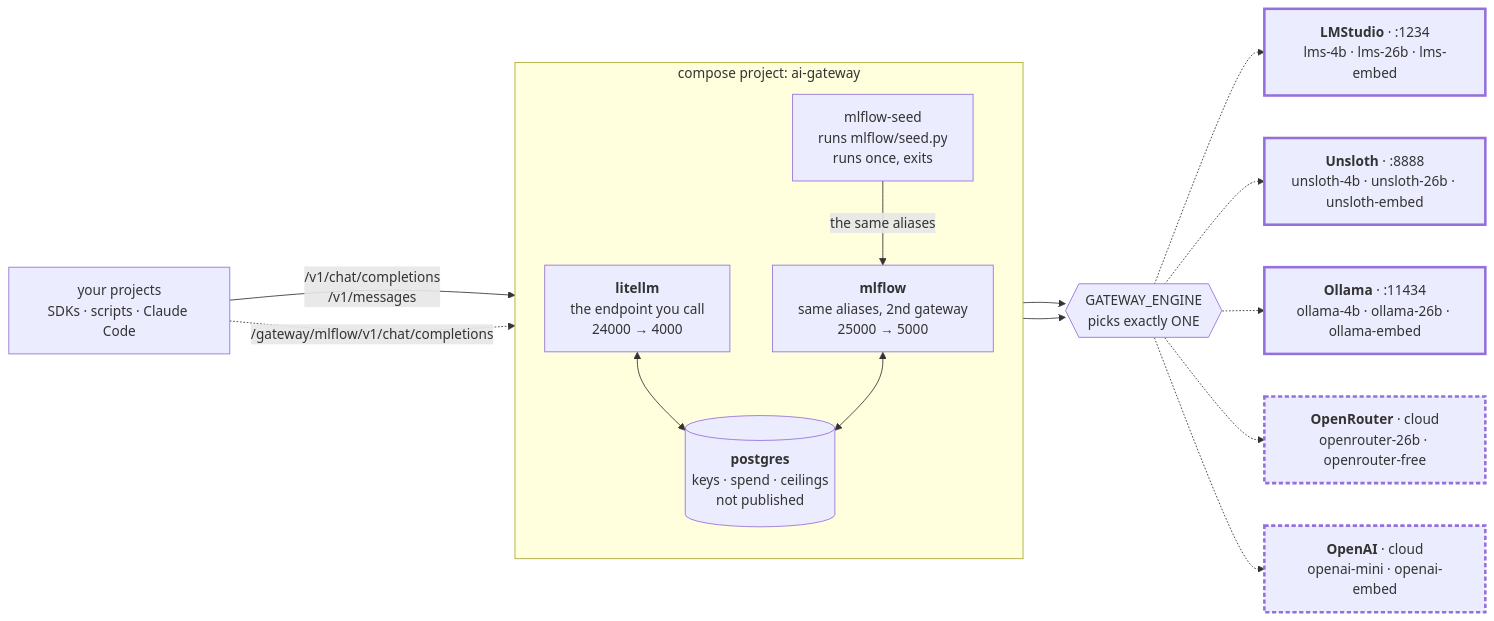
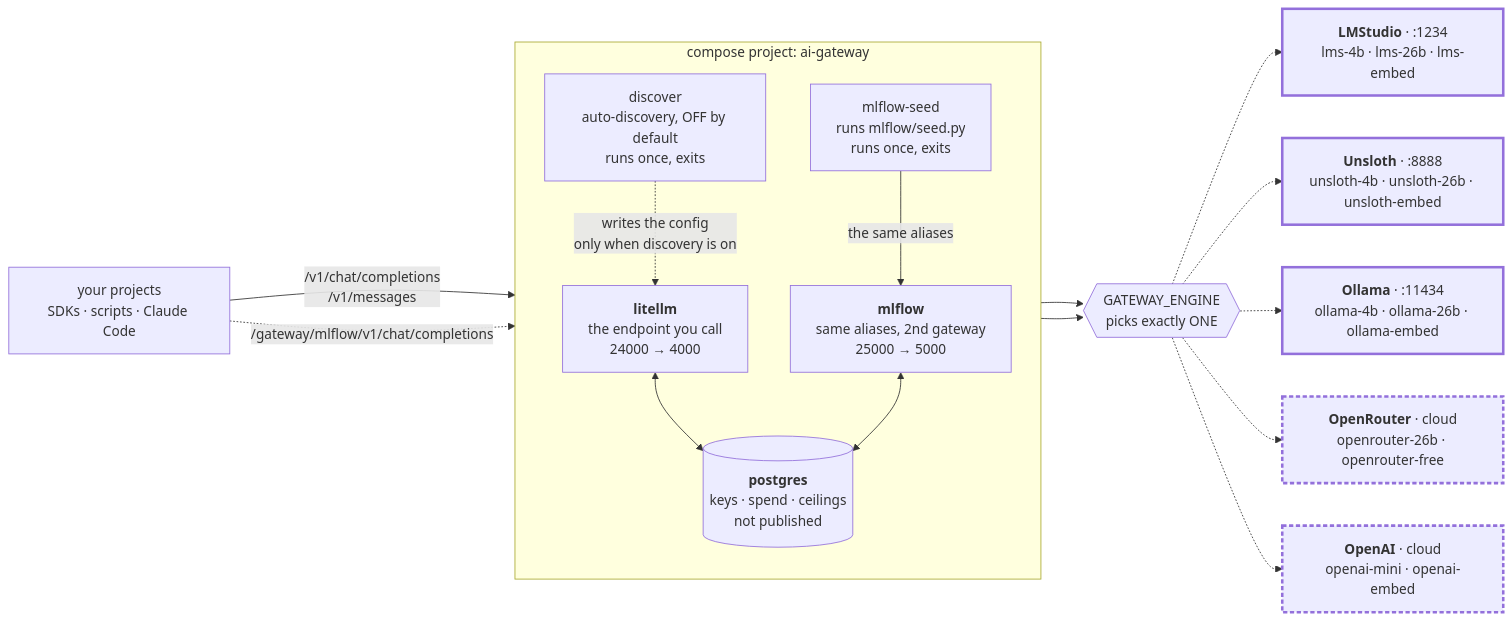
The diagram in README.md (lukaskellerstein/ai-gateway), drawn with Mermaid before and after one commit. The commit also changed other lines of this file and 16 other files, not shown here.

````diff
--- a/README.md
+++ b/README.md
@@ -45,35 +45,37 @@
 ```mermaid
 flowchart LR
     callers["your projects<br/>SDKs · scripts · Claude Code"]
 
     subgraph proj["compose project: ai-gateway"]
         direction TB
         litellm["<b>litellm</b><br/>the endpoint you call<br/>24000 → 4000"]
         mlf["<b>mlflow</b><br/>same aliases, 2nd gateway<br/>25000 → 5000"]
         seed["mlflow-seed<br/>runs mlflow/seed.py<br/>runs once, exits"]
+        disc["discover<br/>auto-discovery, OFF by default<br/>runs once, exits"]
         pg[("<b>postgres</b><br/>keys · spend · ceilings<br/>not published")]
         litellm <--> pg
         mlf <--> pg
         seed -->|"the same aliases"| mlf
+        disc -.->|"writes the config<br/>only when discovery is on"| litellm
     end
 
     engine{{"GATEWAY_ENGINE<br/>picks exactly ONE"}}
 
     lms["<b>LMStudio</b> · :1234<br/>lms-4b · lms-26b · lms-embed"]
     uns["<b>Unsloth</b> · :8888<br/>unsloth-4b · unsloth-26b · unsloth-embed"]
     oll["<b>Ollama</b> · :11434<br/>ollama-4b · ollama-26b · ollama-embed"]
     orr["<b>OpenRouter</b> · cloud<br/>openrouter-26b · openrouter-free"]
     oai["<b>OpenAI</b> · cloud<br/>openai-mini · openai-embed"]
 
     callers -->|"/v1/chat/completions<br/>/v1/messages"| litellm
     callers -.->|"/gateway/mlflow/v1/chat/completions"| mlf
     litellm --> engine
     mlf --> engine
     engine -.-> lms & uns & oll
     engine -.-> orr & oai
 
     classDef onhost stroke-width:3px
     classDef paid stroke-width:3px,stroke-dasharray: 5 3
     class lms,uns,oll onhost
     class orr,oai paid
 ```
````
